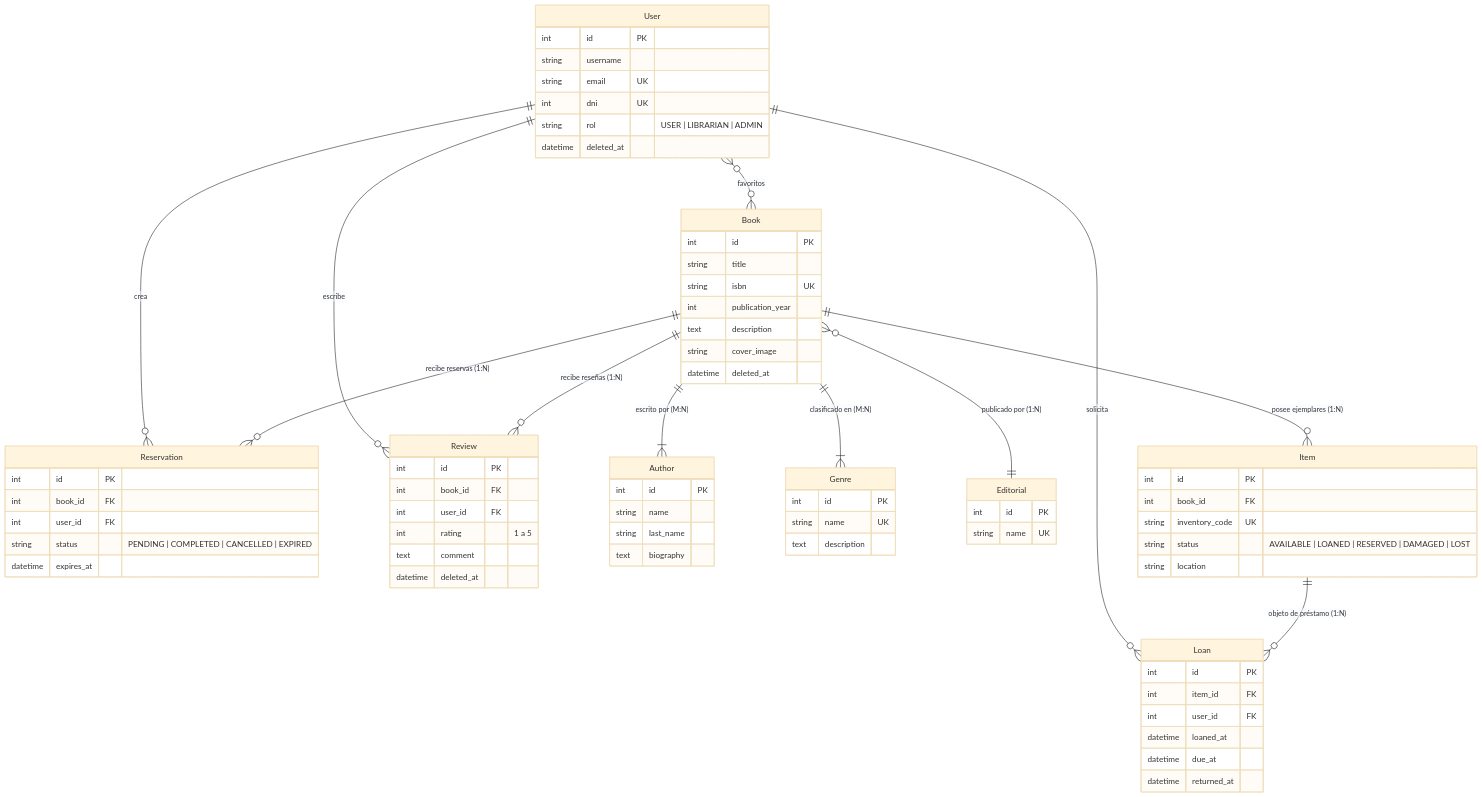
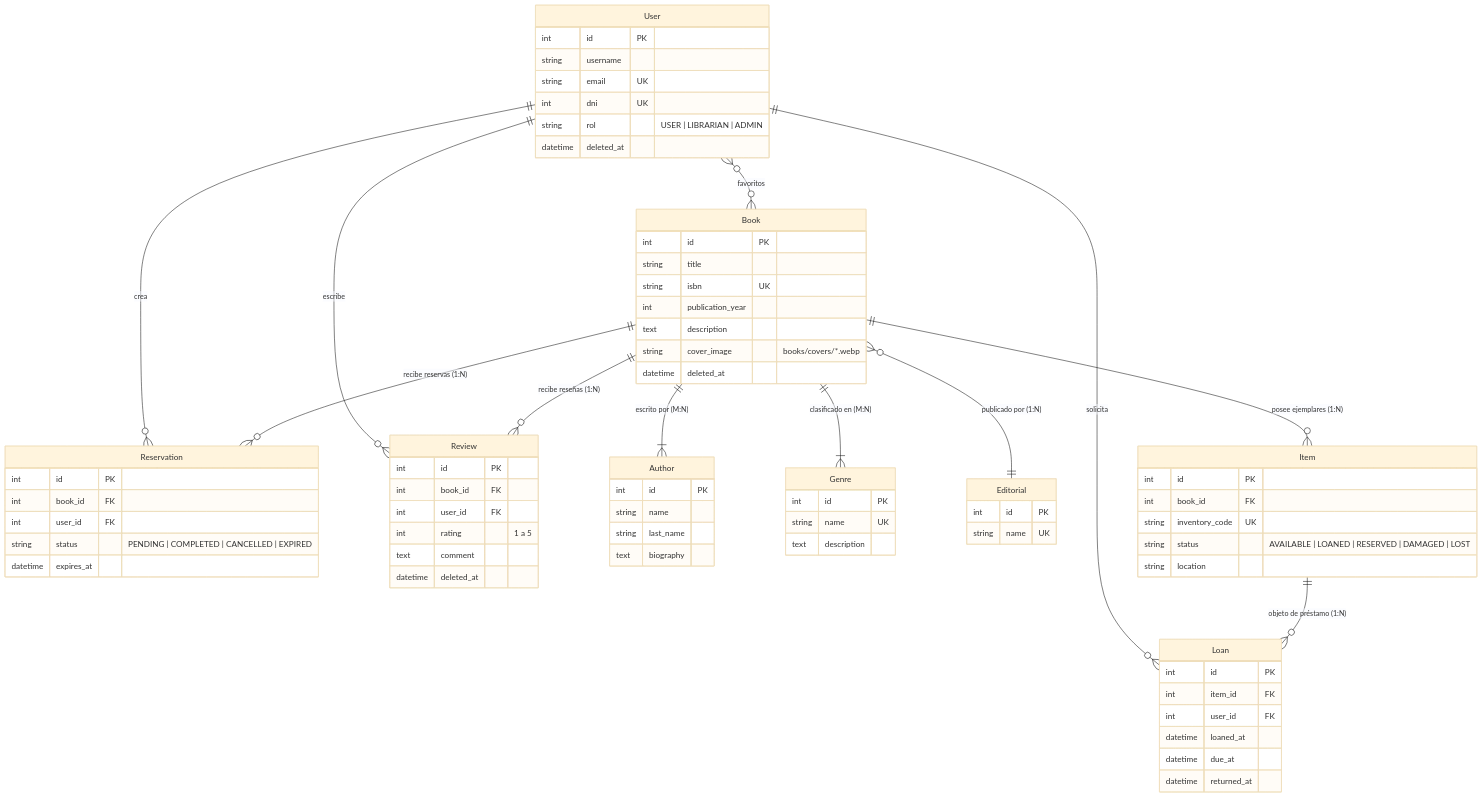
Before and after one commit to qgalli/folium-api: the second of 2 diagrams in README.md, drawn with Mermaid (base theme). The commit also changed other lines of this file, not shown here.

Commit message:
docs: update README with WebP image pipeline, optimize_covers command, and Edge CDN deployment guide

```diff
--- a/README.md
+++ b/README.md
@@ -104,7 +115,7 @@
         string isbn UK
         int publication_year
         text description
-        string cover_image
+        string cover_image "books/covers/*.webp"
         datetime deleted_at
     }
 
```
